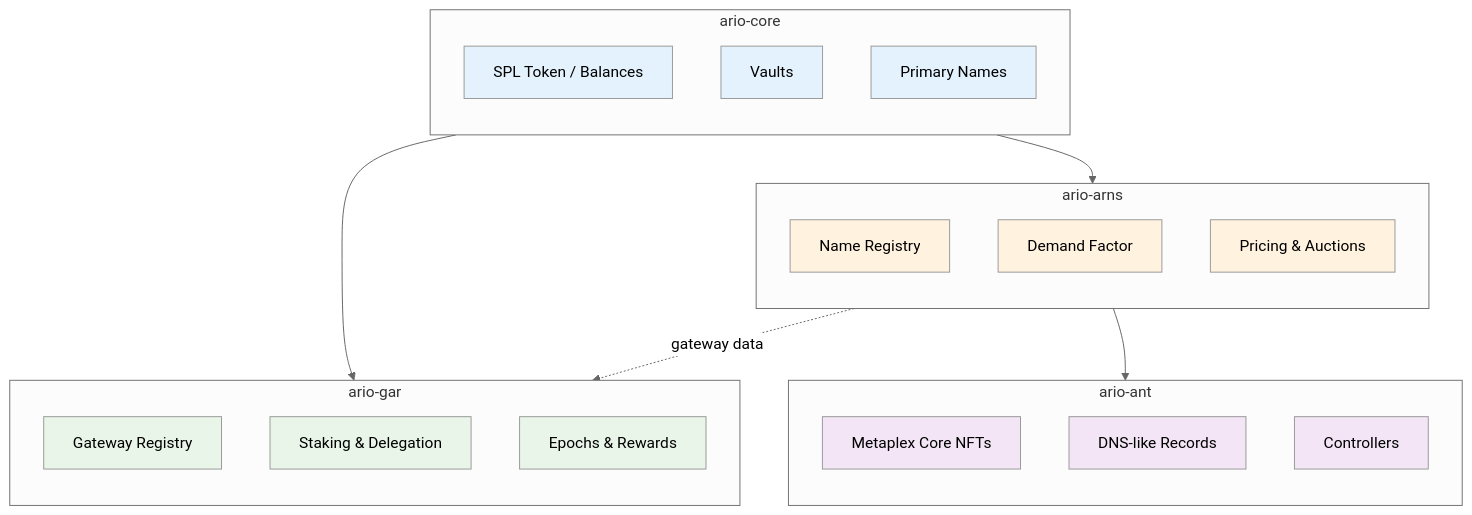
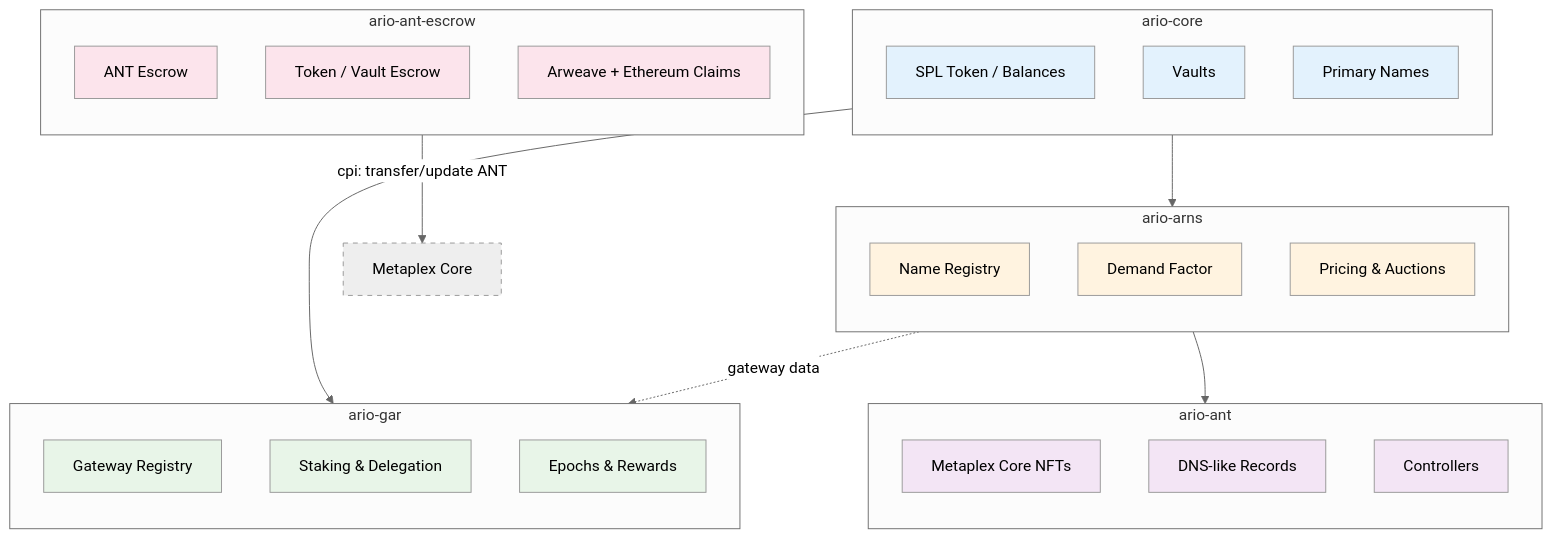
The diagram in content/learn/(introduction)/protocol-architecture.mdx (ar-io/docs), drawn with Mermaid (neutral theme) before and after one commit. The commit also changed other lines of this file and 9 other files, not shown here.

````diff
--- a/content/learn/(introduction)/protocol-architecture.mdx
+++ b/content/learn/(introduction)/protocol-architecture.mdx
@@ -12,46 +12,58 @@
 ```mermaid
 graph TD
 
     subgraph CORE["ario-core"]
         direction TB
         BAL[SPL Token / Balances]
         VAULTS[Vaults]
         PRIMARY[Primary Names]
     end
 
     subgraph GAR["ario-gar"]
         direction TB
         GW_REG[Gateway Registry]
         STAKING[Staking & Delegation]
         EPOCHS[Epochs & Rewards]
     end
 
     subgraph ARNS["ario-arns"]
         direction TB
         NAME_REG[Name Registry]
         DEMAND[Demand Factor]
         PRICING[Pricing & Auctions]
     end
 
     subgraph ANT["ario-ant"]
         direction TB
         NFT[Metaplex Core NFTs]
         RECORDS[DNS-like Records]
         CTRL[Controllers]
     end
 
+    subgraph ESCROW["ario-ant-escrow"]
+        direction TB
+        ANT_ESC[ANT Escrow]
+        TOKEN_ESC[Token / Vault Escrow]
+        CLAIMS[Arweave + Ethereum Claims]
+    end
+
     CORE --> GAR
     CORE --> ARNS
     ARNS --> ANT
     ARNS -.->|gateway data| GAR
+    ESCROW -->|cpi: transfer/update ANT| MPL[Metaplex Core]
 
     classDef coreProgram fill:#e3f2fd
     classDef garProgram fill:#e8f5e8
     classDef arnsProgram fill:#fff3e0
     classDef antProgram fill:#f3e5f5
+    classDef escrowProgram fill:#fce4ec
+    classDef externalProgram fill:#eeeeee,stroke-dasharray: 5 5
 
     class BAL,VAULTS,PRIMARY coreProgram
     class GW_REG,STAKING,EPOCHS garProgram
     class NAME_REG,DEMAND,PRICING arnsProgram
     class NFT,RECORDS,CTRL antProgram
+    class ANT_ESC,TOKEN_ESC,CLAIMS escrowProgram
+    class MPL externalProgram
 ```
````
